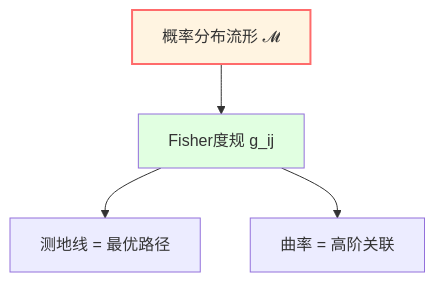
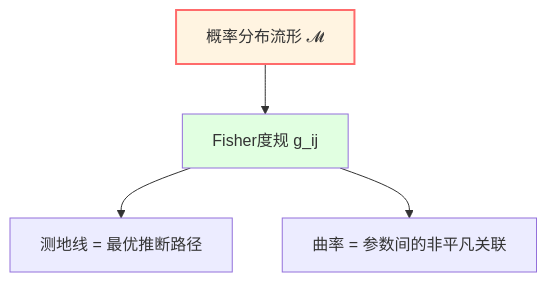
Before and after one commit to loning/zeckendorf-hilbert: the third of 4 diagrams in docs/euler-article/gls-union/03-mathematical-tools/05-information-geometry.md, drawn with Mermaid. The commit also changed other lines of this file and 111 other files, not shown here.

````diff
--- a/docs/euler-article/gls-union/03-mathematical-tools/05-information-geometry.md
+++ b/docs/euler-article/gls-union/03-mathematical-tools/05-information-geometry.md
@@ -114,9 +114,9 @@
 ```mermaid
 graph TB
     M["概率分布流形 𝓜"] --> G["Fisher度规 g_ij"]
-    G --> D["测地线 = 最优路径"]
-    G --> C["曲率 = 高阶关联"]
+    G --> D["测地线 = 最优推断路径"]
+    G --> C["曲率 = 参数间的非平凡关联"]
 
     style M fill:#fff4e1,stroke:#ff6b6b,stroke-width:2px
     style G fill:#e1ffe1
 ```
````
